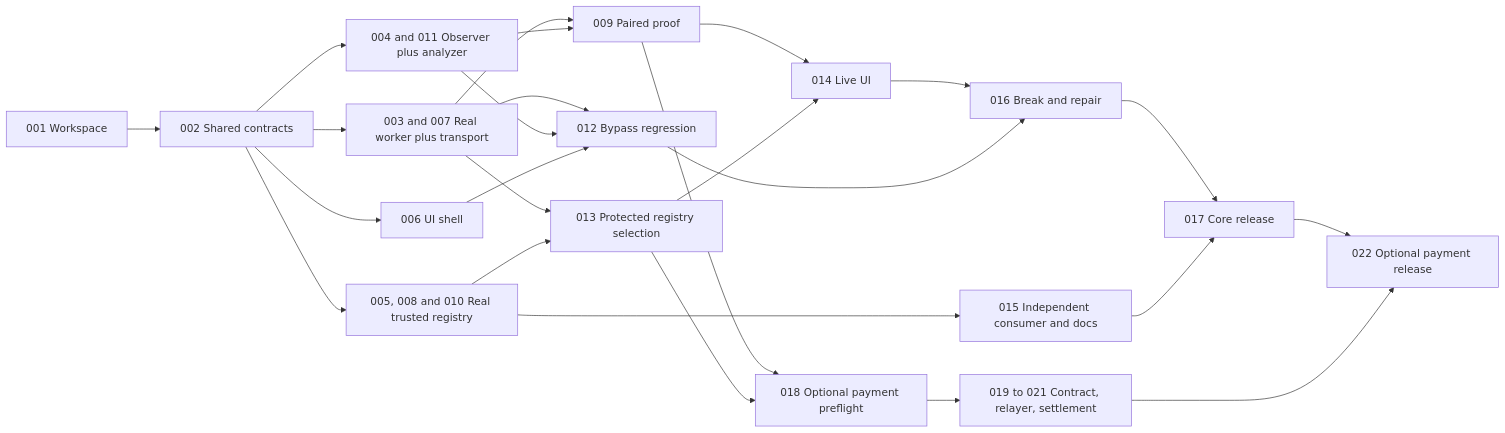
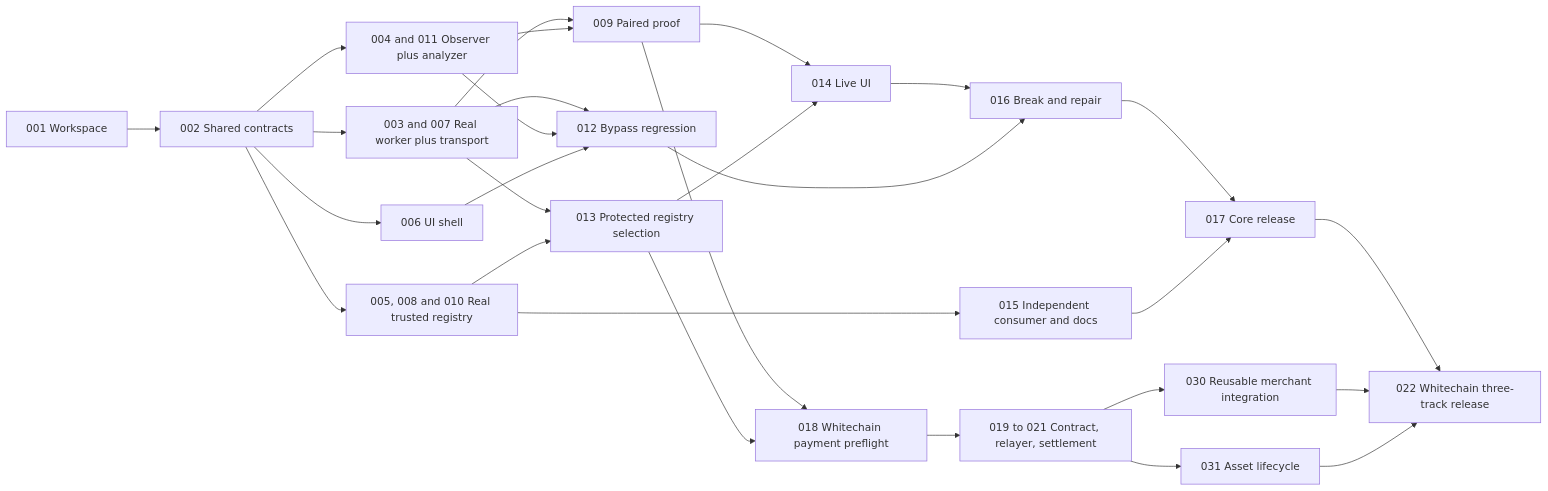
The diagram in docs/plan.md (Dijo-404/monolith), drawn with Mermaid before and after one commit. The commit also changed other lines of this file and 7 other files, not shown here.

Commit message:
docs: activate Uniswap and Whitechain track completion targets

````diff
--- a/docs/plan.md
+++ b/docs/plan.md
@@ -87,27 +92,30 @@
 ```mermaid
 flowchart LR
   F[001 Workspace] --> S[002 Shared contracts]
   S --> A[003 and 007 Real worker plus transport]
   S --> B[005, 008 and 010 Real trusted registry]
   S --> C[004 and 011 Observer plus analyzer]
   S --> D[006 UI shell]
   A --> P[009 Paired proof]
   C --> P
   A --> R[013 Protected registry selection]
   B --> R
   A --> T[012 Bypass regression]
   C --> T
   D --> T
   P --> U[014 Live UI]
   R --> U
   U --> X[016 Break and repair]
   T --> X
   B --> Q[015 Independent consumer and docs]
   X --> CORE[017 Core release]
   Q --> CORE
-  P --> W[018 Optional payment preflight]
+  P --> W[018 Whitechain payment preflight]
   R --> W
   W --> PAY[019 to 021 Contract, relayer, settlement]
-  CORE --> FINAL[022 Optional payment release]
-  PAY --> FINAL
+  PAY --> MERCHANT[030 Reusable merchant integration]
+  PAY --> ASSET[031 Asset lifecycle]
+  CORE --> FINAL[022 Whitechain three-track release]
+  MERCHANT --> FINAL
+  ASSET --> FINAL
 ```
````
